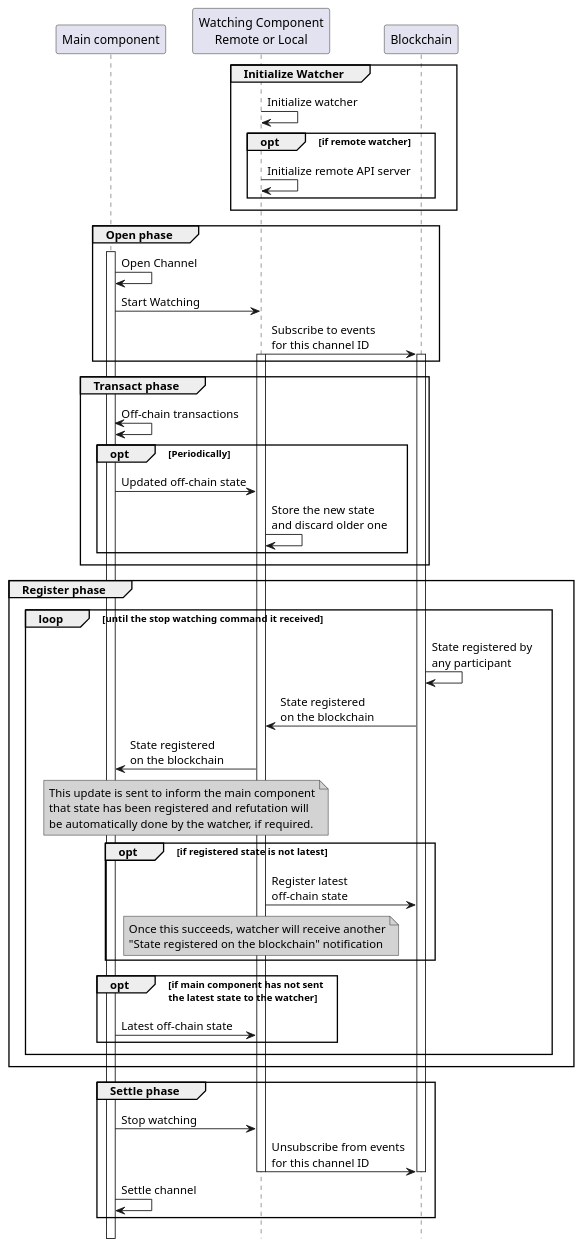
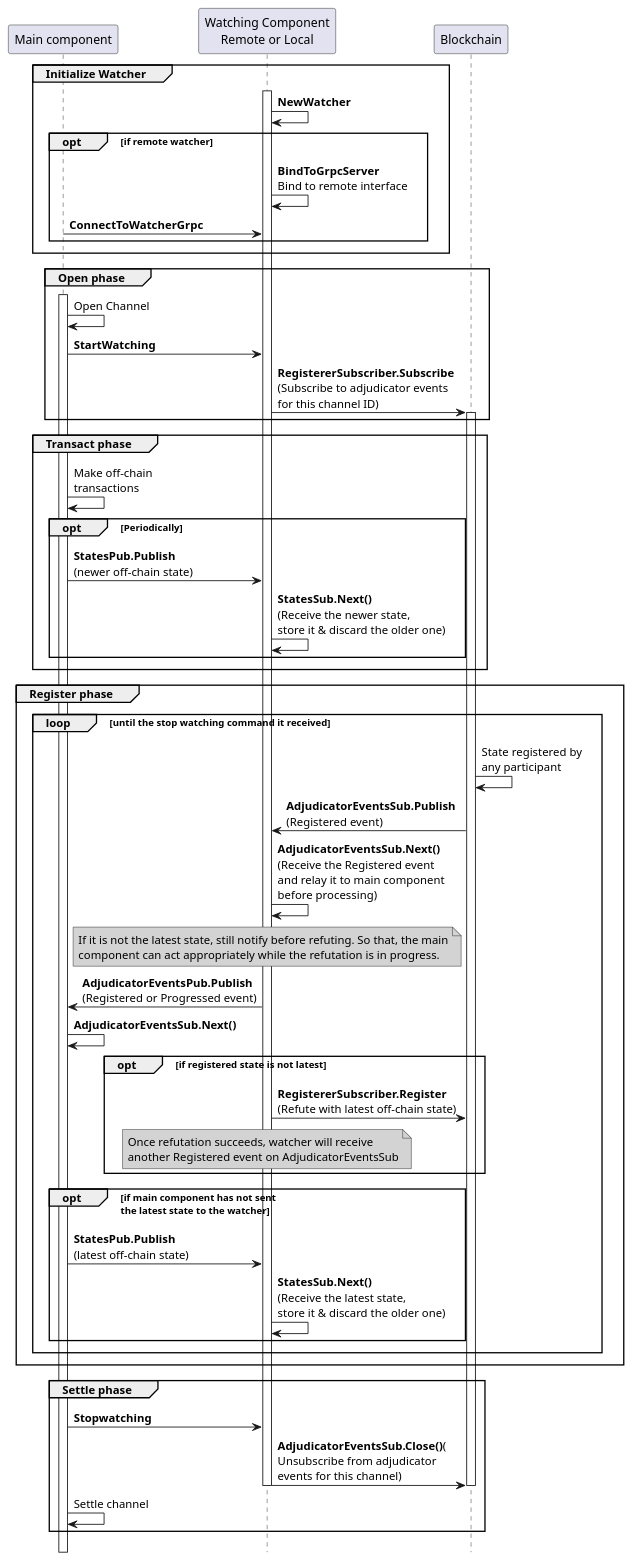
One commit to hyperledger-labs/perun-proposals changed the diagram in design/004/watcher.plantuml. Above: the diagram before and after it, drawn with PlantUML. The commit also changed 1 other file, not shown here.

Commit message:
Use exact names in the sequence diagram
- Based on review suggestion from Matthias.

```diff
--- a/design/004/watcher.plantuml
+++ b/design/004/watcher.plantuml
@@ -4,70 +4,68 @@
 @startuml watcher
 !pragma teoz true
 hide footbox
 
 participant "Main component" as main_component
 participant "Watching Component\nRemote or Local" as watcher
 participant "Blockchain" as blockchain
 
 group Initialize Watcher
-watcher -> watcher: Initialize watcher
-
+activate watcher
+watcher -> watcher: **NewWatcher**
 opt if remote watcher
-watcher -> watcher: Initialize remote API server
+watcher -> watcher: **BindToGrpcServer**\nBind to remote interface
+main_component -> watcher: **ConnectToWatcherGrpc**
 end
-
-
 end
 
 group Open phase
 activate main_component
 main_component -> main_component: Open Channel
-main_component -> watcher: Start Watching
-watcher -> blockchain: Subscribe to events\nfor this channel ID
-activate watcher
+main_component -> watcher: **StartWatching**
+watcher -> blockchain: **RegistererSubscriber.Subscribe**\n(Subscribe to adjudicator events\nfor this channel ID)
 activate blockchain
 end
 
-group Transact phase 
-main_component <-> main_component: Off-chain transactions
+group Transact phase
+main_component -> main_component: Make off-chain\ntransactions
 opt Periodically
-main_component -> watcher: Updated off-chain state
-watcher -> watcher: Store the new state\nand discard older one
+main_component -> watcher: **StatesPub.Publish**\n(newer off-chain state)
+watcher -> watcher: **StatesSub.Next()**\n(Receive the newer state,\nstore it & discard the older one)
 end
 end
 
 group Register phase
 loop until the stop watching command it received
 blockchain -> blockchain: State registered by\nany participant
-watcher <- blockchain: State registered\non the blockchain
-main_component <- watcher: State registered\non the blockchain
-note over main_component, watcher #LightGray
-This update is sent to inform the main component
-that state has been registered and refutation will
-be automatically done by the watcher, if required.
+watcher <- blockchain:**AdjudicatorEventsSub.Publish**\n(Registered event)
+watcher -> watcher:**AdjudicatorEventsSub.Next()**\n(Receive the Registered event\nand relay it to main component\nbefore processing)
+note over watcher #LightGray
+If it is not the latest state, still notify before refuting. So that, the main
+component can act appropriately while the refutation is in progress.
 end note
+main_component <- watcher: **AdjudicatorEventsPub.Publish**\n(Registered or Progressed event)
+main_component -> main_component: **AdjudicatorEventsSub.Next()**
 opt if registered state is not latest
-watcher -> blockchain: Register latest\noff-chain state
+watcher -> blockchain: **RegistererSubscriber.Register**\n(Refute with latest off-chain state)
 note over watcher #LightGray
-Once this succeeds, watcher will receive another
-"State registered on the blockchain" notification
+Once refutation succeeds, watcher will receive
+another Registered event on AdjudicatorEventsSub
 end note
 end
 opt if main component has not sent\nthe latest state to the watcher
-main_component -> watcher: Latest off-chain state
+main_component -> watcher: **StatesPub.Publish**\n(latest off-chain state)
+watcher -> watcher: **StatesSub.Next()**\n(Receive the latest state,\nstore it & discard the older one)
 end
 end
 end
 
 
 group Settle phase 
-main_component -> watcher: Stop watching
-watcher -> blockchain: Unsubscribe from events\nfor this channel ID
+main_component -> watcher: **Stopwatching**
+watcher -> blockchain: **AdjudicatorEventsSub.Close()**(\nUnsubscribe from adjudicator\nevents for this channel)
 deactivate blockchain
 deactivate watcher
 main_component -> main_component: Settle channel
 end
 
-
-
 @enduml
```
